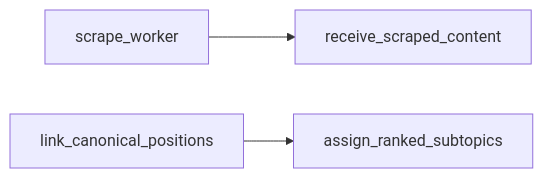
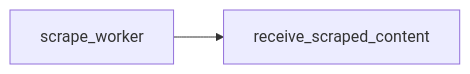
Before and after one commit to grpallen18/doxa: the diagram in doxa-agents/docs/generated/pipeline-graph.md, drawn with Mermaid. The commit also changed 309 other files, not shown here.

````diff
--- a/doxa-agents/docs/generated/pipeline-graph.md
+++ b/doxa-agents/docs/generated/pipeline-graph.md
@@ -5,5 +5,4 @@
 ```mermaid
 flowchart LR
   scrape_worker --> receive_scraped_content
-  link_canonical_positions --> assign_ranked_subtopics
 ```
````
